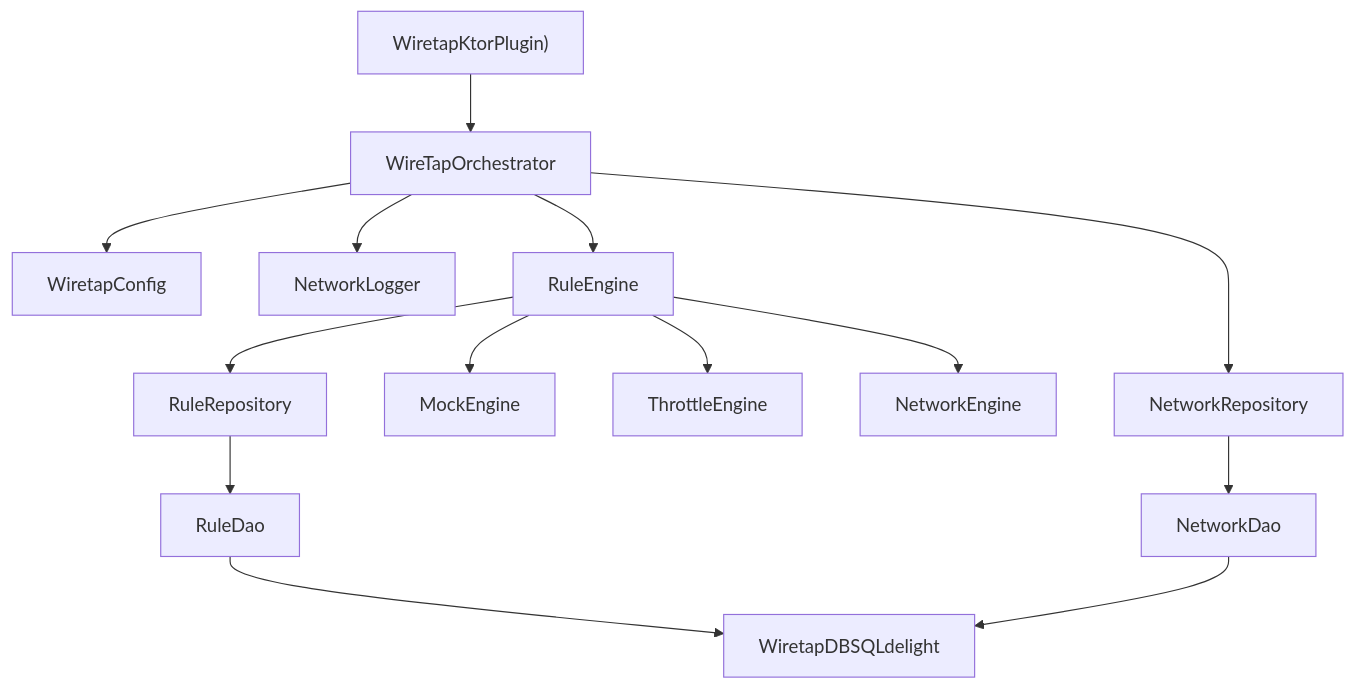
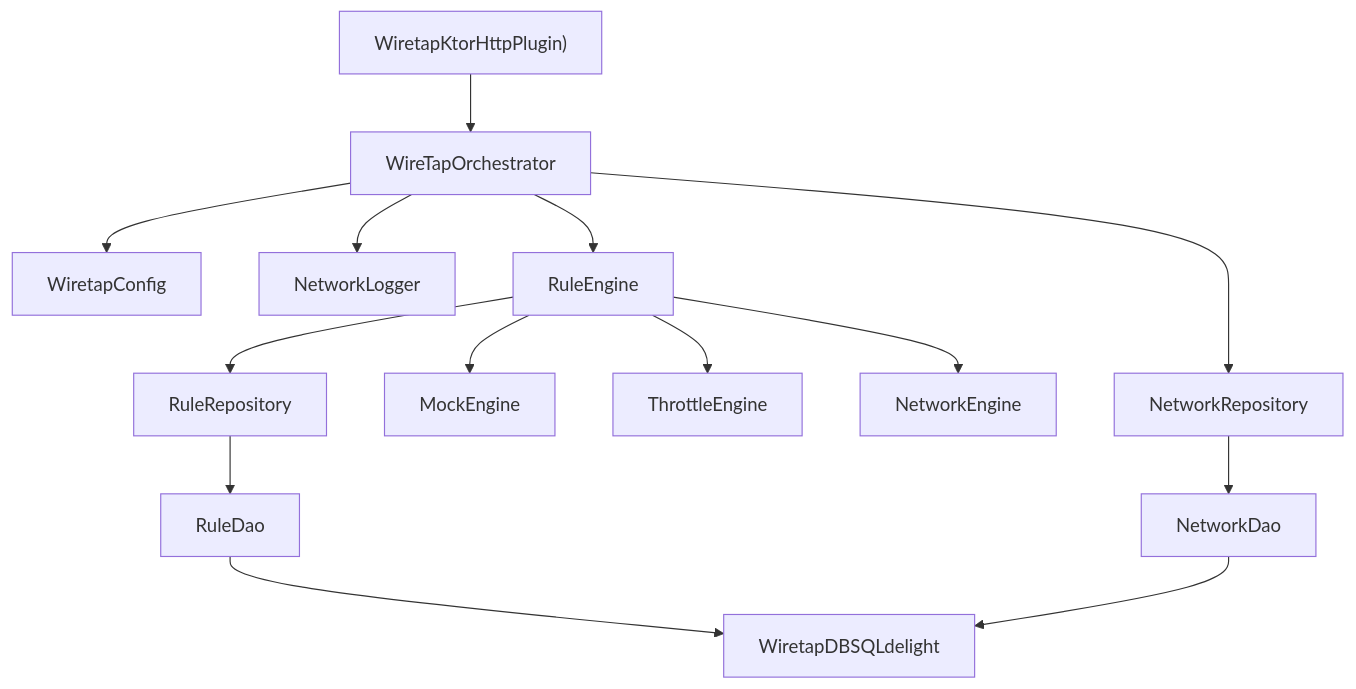
The diagram in docs/hld/HLD.md (skymansandy/wiretapKMP), drawn with Mermaid before and after one commit. The commit also changed 402 other files, not shown here.

````diff
--- a/docs/hld/HLD.md
+++ b/docs/hld/HLD.md
@@ -1,34 +1,34 @@
 ```mermaid
 flowchart TD
-    WiretapPlugin["WiretapKtorPlugin)"]
+    WiretapPlugin["WiretapKtorHttpPlugin)"]
     WireTapOrchestrator["WireTapOrchestrator"]
     WiretapConfig["WiretapConfig"]
     NetworkRepository["NetworkRepository"]
     NetworkLogger["NetworkLogger"]
     NetworkDao["NetworkDao"]
     WiretapDB["WiretapDBSQLdelight"]
     RuleEngine["RuleEngine"]
     MockEngine["MockEngine"]
     ThrottleEngine["ThrottleEngine"]
     NetworkEngine["NetworkEngine"]
     RuleRepository["RuleRepository"]
     RuleDao["RuleDao"]
 
     WiretapPlugin --> WireTapOrchestrator
 
     WireTapOrchestrator --> WiretapConfig
     WireTapOrchestrator --> NetworkRepository
     WireTapOrchestrator --> NetworkLogger
     WireTapOrchestrator --> RuleEngine
 
     RuleEngine --> MockEngine
     RuleEngine --> ThrottleEngine
     RuleEngine --> NetworkEngine
     RuleEngine --> RuleRepository
 
     RuleRepository --> RuleDao
     RuleDao --> WiretapDB
 
     NetworkRepository --> NetworkDao
     NetworkDao --> WiretapDB
 ```
````
